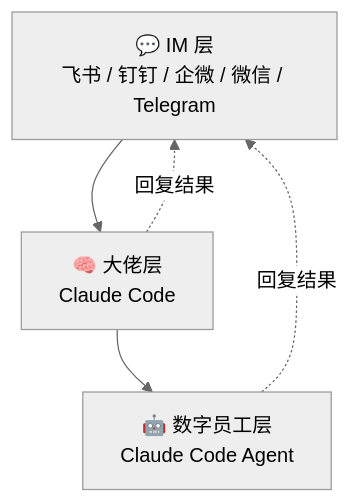
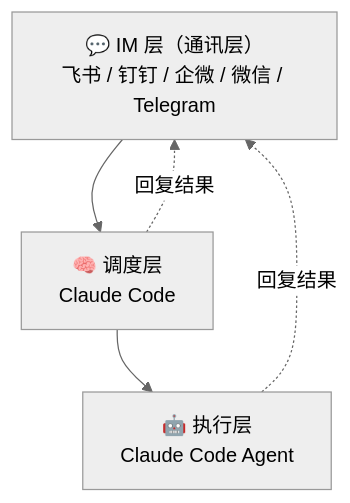
The diagram in README.zh.md (theopenbee/openbee), drawn with Mermaid (neutral theme) before and after one commit. The commit also changed other lines of this file and 1 other file, not shown here.

First line of the commit message:
docs: rename three-layer architecture to IM/Scheduling/Execution layers

````diff
--- a/README.zh.md
+++ b/README.zh.md
@@ -115,7 +115,7 @@
 ```mermaid
 graph TD
-    A["💬 IM 层\n飞书 / 钉钉 / 企微 / 微信 / Telegram"] --> B["🧠 大佬层\nClaude Code"]
-    B --> C["🤖 数字员工层\nClaude Code Agent"]
+    A["💬 IM 层（通讯层）\n飞书 / 钉钉 / 企微 / 微信 / Telegram"] --> B["🧠 调度层\nClaude Code"]
+    B --> C["🤖 执行层\nClaude Code Agent"]
     C -. "回复结果" .-> A
     B -. "回复结果" .-> A
 ```
````
